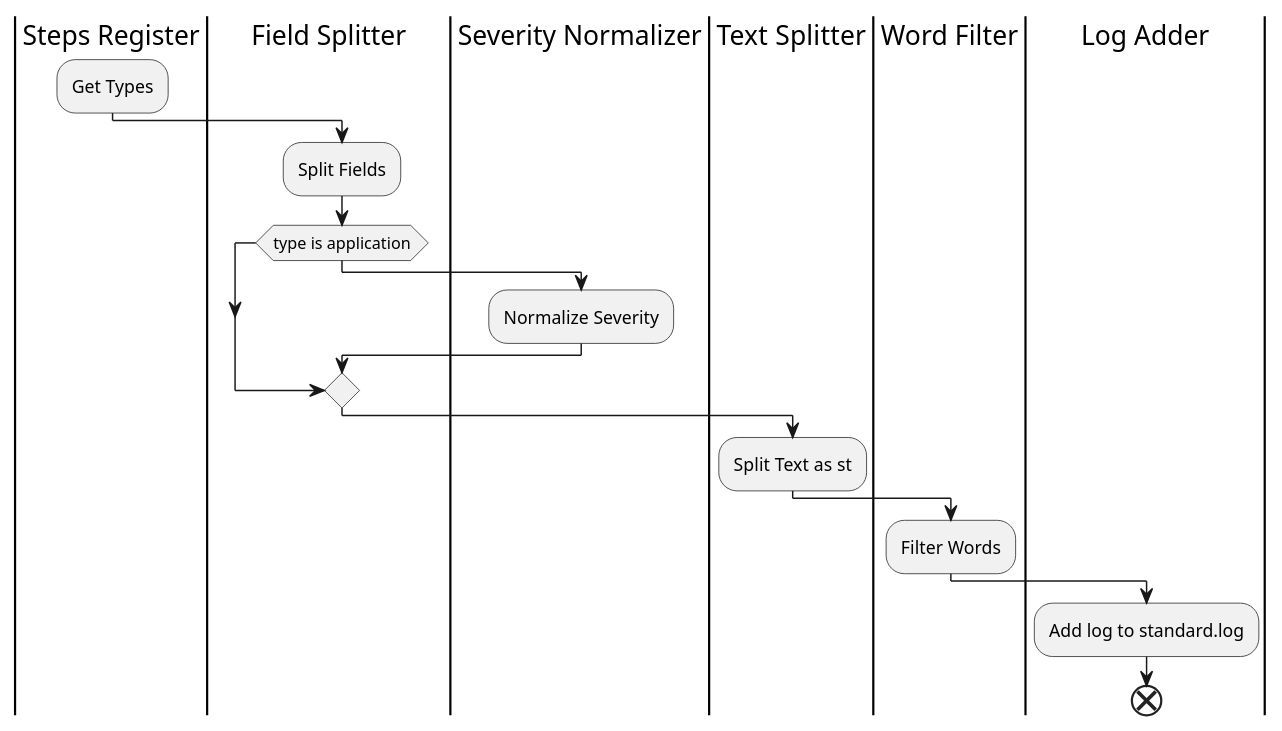
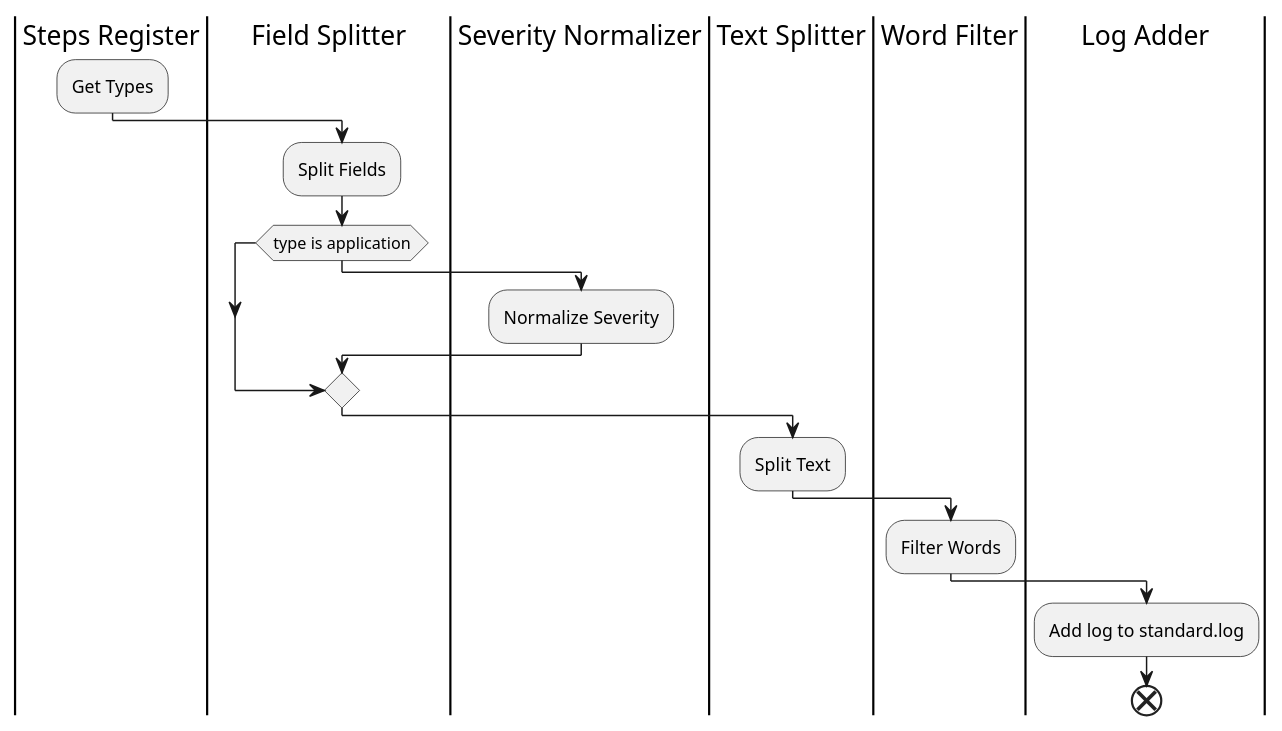
Before and after one commit to jlojosnegros/master_upm_practica_final_arquitectura: the diagram in dinamicos/Pipeline.puml, drawn with PlantUML.

Commit message:
Minor correction

```diff
--- a/dinamicos/Pipeline.puml
+++ b/dinamicos/Pipeline.puml
@@ -1,22 +1,22 @@
 @startuml
 skinparam linetype polyline
 skinparam linetype ortho
 
 skinparam defaultFontName "Fira Code Retina"
 
 |Steps Register|
 :Get Types;
 |Field Splitter|
 :Split Fields;
 if (type is application) then
 |Severity Normalizer|
 :Normalize Severity;
 endif
 |Text Splitter|
-:Split Text as st;
+:Split Text;
 |Word Filter|
 :Filter Words;
 |Log Adder|
 :Add log to standard.log;
 end
 @enduml
```
